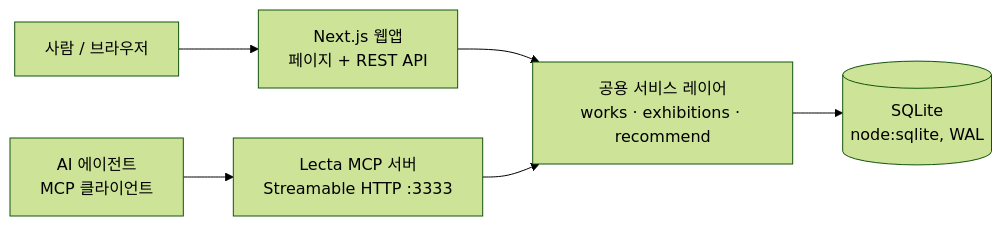
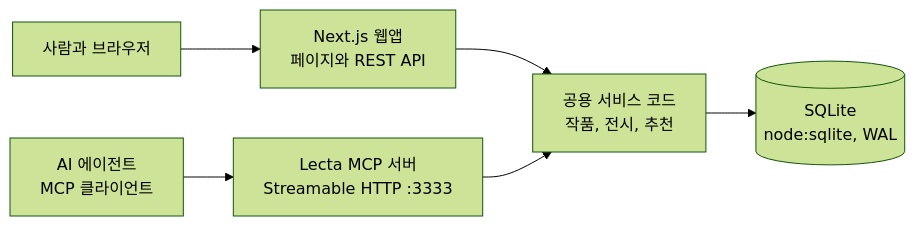
Before and after one commit to yerielk/LT_THEGLEANERS: the diagram in docs/Lecta_UAT_발표.md, drawn with Mermaid (forest theme). The commit also changed other lines of this file and 11 other files, not shown here.

````diff
--- a/docs/Lecta_UAT_발표.md
+++ b/docs/Lecta_UAT_발표.md
@@ -68,8 +67,8 @@
 ```mermaid
 flowchart LR
-  U[사람 / 브라우저] --> W[Next.js 웹앱<br/>페이지 + REST API]
+  U[사람과 브라우저] --> W[Next.js 웹앱<br/>페이지와 REST API]
   A[AI 에이전트<br/>MCP 클라이언트] --> M[Lecta MCP 서버<br/>Streamable HTTP :3333]
-  W --> S[공용 서비스 레이어<br/>works · exhibitions · recommend]
+  W --> S[공용 서비스 코드<br/>작품, 전시, 추천]
   M --> S
   S --> D[(SQLite<br/>node:sqlite, WAL)]
 ```
````
